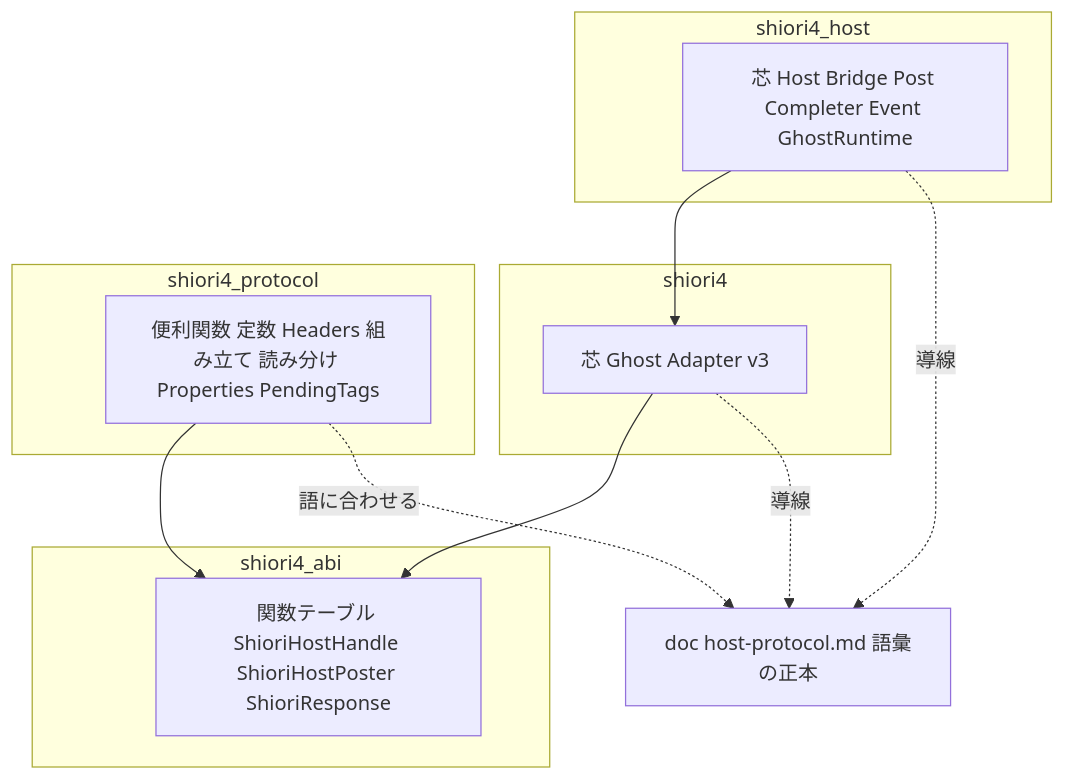
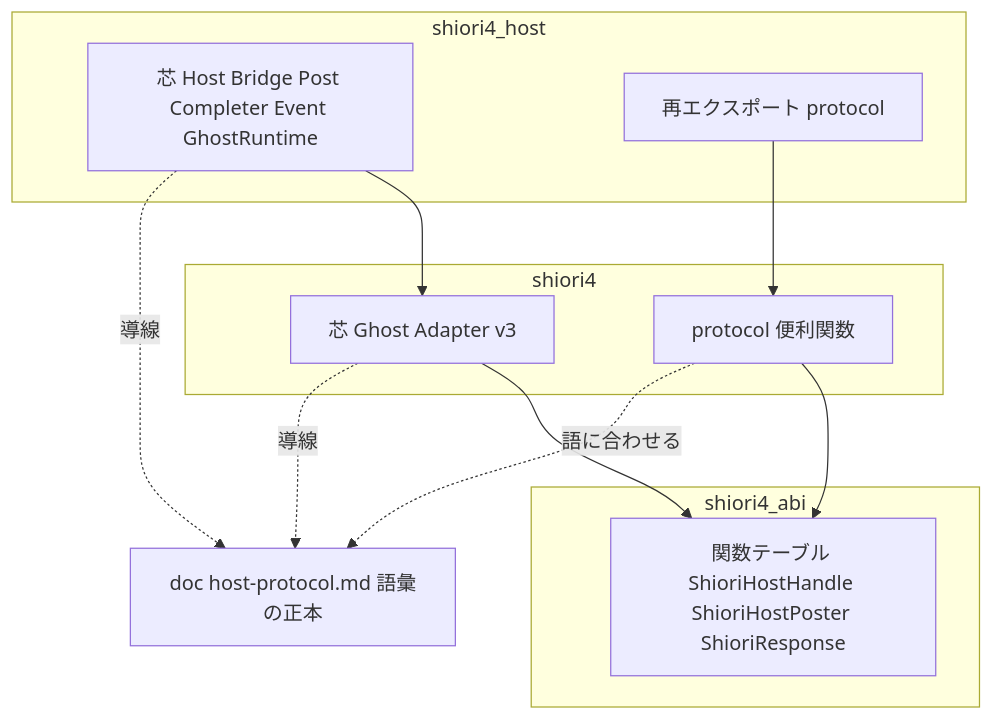
Before and after one commit to ekicyou/shiori4: the first of 3 diagrams in .kiro/specs/host-protocol/design.md, drawn with Mermaid. The commit also changed other lines of this file and 2 other files, not shown here.

Commit message:
docs(host-protocol): resolve design discussion #1,#6,#10 - 3 クレートのまま shiori4::protocol と Host::name

````diff
--- a/.kiro/specs/host-protocol/design.md
+++ b/.kiro/specs/host-protocol/design.md
@@ -68,22 +68,22 @@
 ```mermaid
 graph TB
     subgraph Abi[shiori4_abi]
         AbiCore[関数テーブル ShioriHostHandle ShioriHostPoster ShioriResponse]
     end
     subgraph S4[shiori4]
         Core[芯 Ghost Adapter v3]
+        Proto[protocol 便利関数]
     end
     subgraph Host4[shiori4_host]
         HostCore[芯 Host Bridge Post Completer Event GhostRuntime]
-    end
-    subgraph Helper[shiori4_protocol]
-        Proto[便利関数 定数 Headers 組み立て 読み分け Properties PendingTags]
+        Reexport[再エクスポート protocol]
     end
     Spec[doc host-protocol.md 語彙の正本]
     Core --> AbiCore
     Proto --> AbiCore
     HostCore --> Core
+    Reexport --> Proto
     Proto -.語に合わせる.-> Spec
     Core -.導線.-> Spec
     HostCore -.導線.-> Spec
 ```
````
